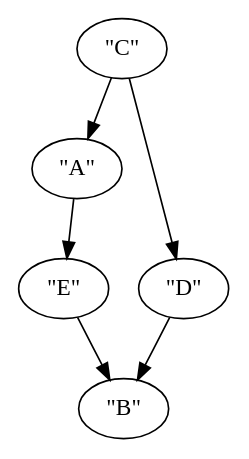
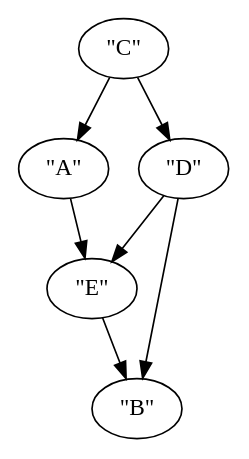
Before and after one commit to Antonioneto0306/antonio.neto.3nb: the diagram in aula6/graph.dot, drawn with Graphviz. The commit also changed 6 other files, not shown here.

```diff
--- a/aula6/graph.dot
+++ b/aula6/graph.dot
@@ -1,12 +1,13 @@
 digraph {
     0 [ label = "\"A\"" ]
     1 [ label = "\"B\"" ]
     2 [ label = "\"C\"" ]
     3 [ label = "\"D\"" ]
     4 [ label = "\"E\"" ]
     0 -> 4 [ ]
     3 -> 1 [ ]
     2 -> 0 [ ]
     4 -> 1 [ ]
     2 -> 3 [ ]
+    3 -> 4 [ ]
 }
```
